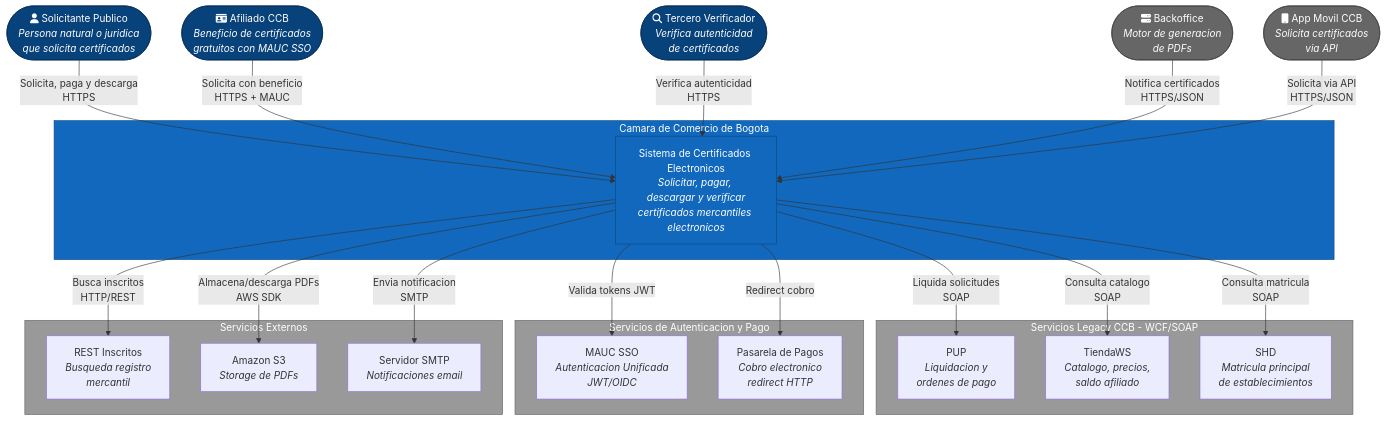
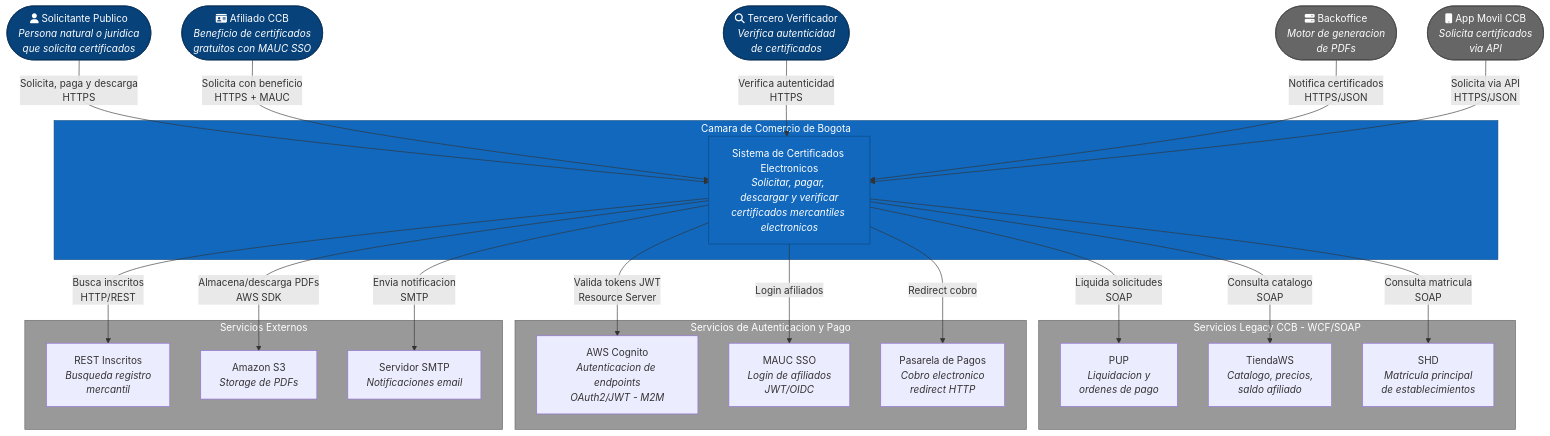
The seventh of 12 diagrams in docs/PRD_CERTIFICADOS_ELECTRONICOS.md (LIDR-academy/AI4Devs-finalproject), drawn with Mermaid before and after one commit. The commit also changed other lines of this file and 72 other files, not shown here.

````diff
--- a/docs/PRD_CERTIFICADOS_ELECTRONICOS.md
+++ b/docs/PRD_CERTIFICADOS_ELECTRONICOS.md
@@ -924,55 +926,57 @@
 ```mermaid
 flowchart TB
     solicitante(["fa:fa-user Solicitante Publico<br/><i>Persona natural o juridica<br/>que solicita certificados</i>"])
     afiliado(["fa:fa-id-card Afiliado CCB<br/><i>Beneficio de certificados<br/>gratuitos con MAUC SSO</i>"])
     verificador(["fa:fa-search Tercero Verificador<br/><i>Verifica autenticidad<br/>de certificados</i>"])
     backoffice(["fa:fa-server Backoffice<br/><i>Motor de generacion<br/>de PDFs</i>"])
     appMovil(["fa:fa-mobile App Movil CCB<br/><i>Solicita certificados<br/>via API</i>"])
 
     subgraph ccb["Camara de Comercio de Bogota"]
         certSystem["Sistema de Certificados Electronicos<br/><i>Solicitar, pagar, descargar y verificar<br/>certificados mercantiles electronicos</i>"]
     end
 
     subgraph soapServices["Servicios Legacy CCB - WCF/SOAP"]
         pup["PUP<br/><i>Liquidacion y<br/>ordenes de pago</i>"]
         tiendaWS["TiendaWS<br/><i>Catalogo, precios,<br/>saldo afiliado</i>"]
         shd["SHD<br/><i>Matricula principal<br/>de establecimientos</i>"]
     end
 
     subgraph authServices["Servicios de Autenticacion y Pago"]
-        mauc["MAUC SSO<br/><i>Autenticacion Unificada<br/>JWT/OIDC</i>"]
+        cognito["AWS Cognito<br/><i>Autenticacion de endpoints<br/>OAuth2/JWT - M2M</i>"]
+        mauc["MAUC SSO<br/><i>Login de afiliados<br/>JWT/OIDC</i>"]
         pasarela["Pasarela de Pagos<br/><i>Cobro electronico<br/>redirect HTTP</i>"]
     end
 
     subgraph extServices["Servicios Externos"]
         inscritos["REST Inscritos<br/><i>Busqueda registro<br/>mercantil</i>"]
         s3["Amazon S3<br/><i>Storage de PDFs</i>"]
         smtp["Servidor SMTP<br/><i>Notificaciones email</i>"]
     end
 
     solicitante -- "Solicita, paga y descarga<br/>HTTPS" --> certSystem
     afiliado -- "Solicita con beneficio<br/>HTTPS + MAUC" --> certSystem
     verificador -- "Verifica autenticidad<br/>HTTPS" --> certSystem
     backoffice -- "Notifica certificados<br/>HTTPS/JSON" --> certSystem
     appMovil -- "Solicita via API<br/>HTTPS/JSON" --> certSystem
 
     certSystem -- "Liquida solicitudes<br/>SOAP" --> pup
     certSystem -- "Consulta catalogo<br/>SOAP" --> tiendaWS
     certSystem -- "Consulta matricula<br/>SOAP" --> shd
-    certSystem -- "Valida tokens JWT" --> mauc
+    certSystem -- "Valida tokens JWT<br/>Resource Server" --> cognito
+    certSystem -- "Login afiliados" --> mauc
     certSystem -- "Redirect cobro" --> pasarela
     certSystem -- "Busca inscritos<br/>HTTP/REST" --> inscritos
     certSystem -- "Almacena/descarga PDFs<br/>AWS SDK" --> s3
     certSystem -- "Envia notificacion<br/>SMTP" --> smtp
 
     style ccb fill:#1168bd,stroke:#0b4884,color:#fff
     style certSystem fill:#1168bd,stroke:#0b4884,color:#fff
     style soapServices fill:#999999,stroke:#666,color:#fff
     style authServices fill:#999999,stroke:#666,color:#fff
     style extServices fill:#999999,stroke:#666,color:#fff
     style solicitante fill:#08427b,stroke:#052e56,color:#fff
     style afiliado fill:#08427b,stroke:#052e56,color:#fff
     style verificador fill:#08427b,stroke:#052e56,color:#fff
     style backoffice fill:#666,stroke:#444,color:#fff
     style appMovil fill:#666,stroke:#444,color:#fff
 ```
````
